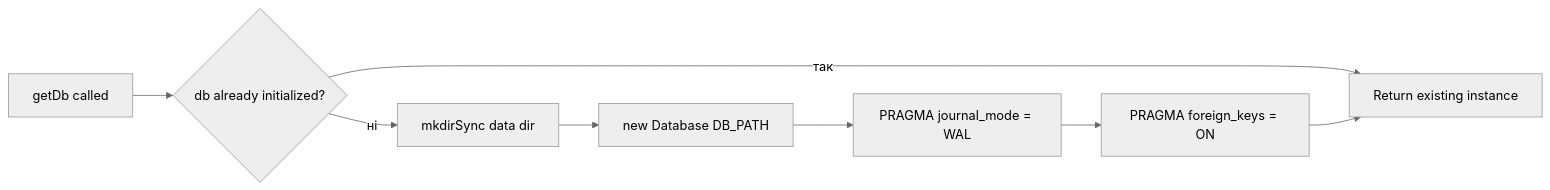
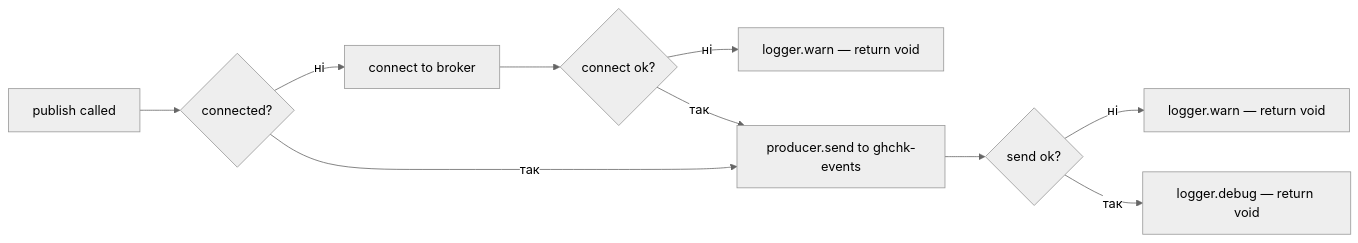
One commit to GenesisEducationKyiv/software-engineering-school-6-0-Official-Echo changed the sixth of 10 diagrams in docs/SYSTEM_DESIGN.md. Above: the diagram before and after it, drawn with Mermaid (neutral theme). The commit also changed other lines of this file, not shown here.

````diff
--- a/docs/SYSTEM_DESIGN.md
+++ b/docs/SYSTEM_DESIGN.md
@@ -354,10 +237,12 @@
 ```mermaid
 flowchart LR
-    A[getDb called] --> B{db already initialized?}
-    B -- так --> C[Return existing instance]
-    B -- ні --> D[mkdirSync data dir]
-    D --> E[new Database DB_PATH]
-    E --> F[PRAGMA journal_mode = WAL]
-    F --> G[PRAGMA foreign_keys = ON]
-    G --> C
+    A[publish called] --> B{connected?}
+    B -- ні --> C[connect to broker]
+    C --> D{connect ok?}
+    D -- ні --> E[logger.warn — return void]
+    D -- так --> F[producer.send to ghchk-events]
+    B -- так --> F
+    F --> G{send ok?}
+    G -- ні --> H[logger.warn — return void]
+    G -- так --> I[logger.debug — return void]
 ```
````
